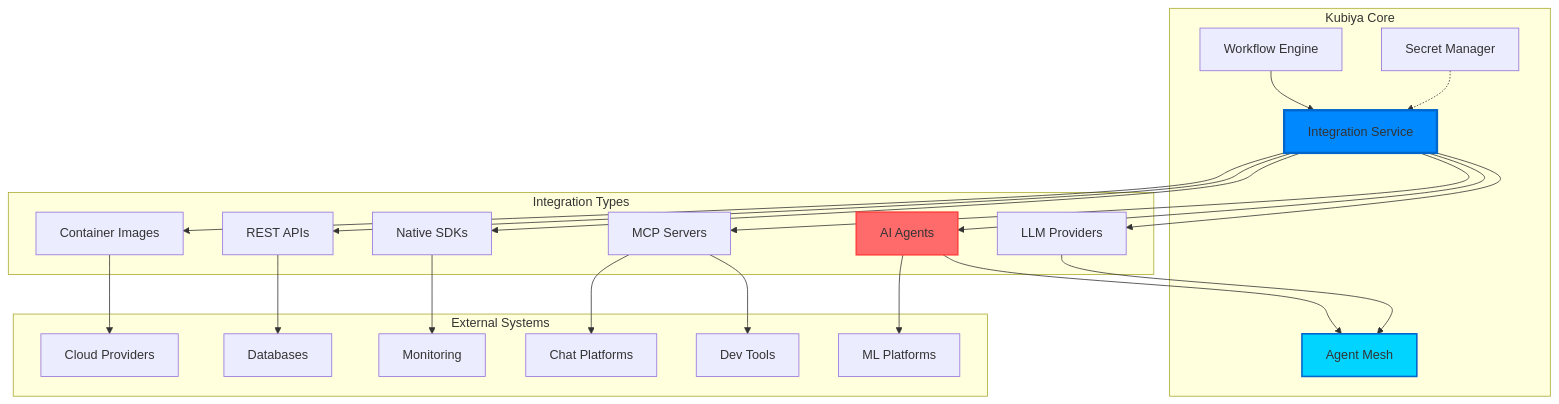
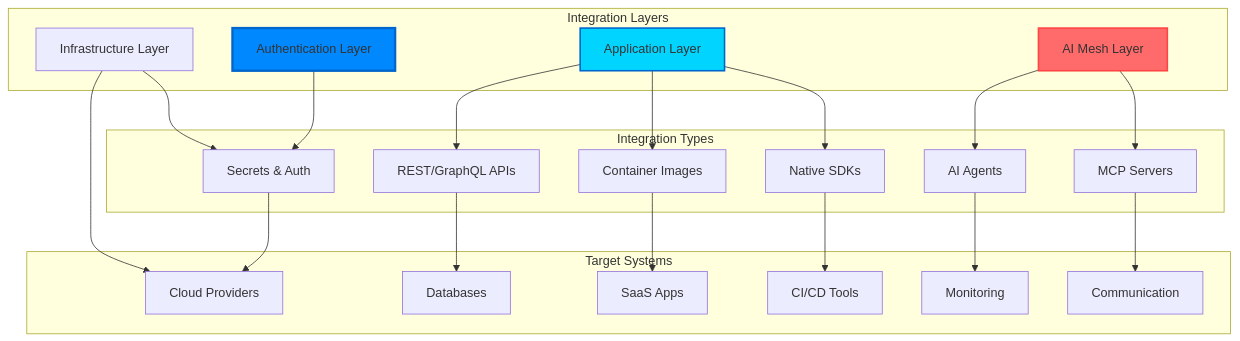
One commit to kubiyabot/workflow_sdk changed the diagram in docs/kubiya/concepts/integrations.mdx. Above: the diagram before and after it, drawn with Mermaid. The commit also changed other lines of this file and 6 other files, not shown here.

````diff
--- a/docs/kubiya/concepts/integrations.mdx
+++ b/docs/kubiya/concepts/integrations.mdx
@@ -13,51 +13,50 @@
 ```mermaid
 graph TB
-    subgraph "Kubiya Core"
-        WE[Workflow Engine]
-        IS[Integration Service]
-        SM[Secret Manager]
-        AM[Agent Mesh]
+    subgraph "Integration Layers"
+        APP[Application Layer]
+        INFRA[Infrastructure Layer]
+        AUTH[Authentication Layer]
+        MESH[AI Mesh Layer]
     end
     
     subgraph "Integration Types"
         CI[Container Images]
+        API[REST/GraphQL APIs]
+        SDK[Native SDKs]
+        MCP[MCP Servers]
+        SEC[Secrets & Auth]
         AI[AI Agents]
-        LLM[LLM Providers]
-        API[REST APIs]
-        MCP[MCP Servers]
-        SDK[Native SDKs]
     end
     
-    subgraph "External Systems"
+    subgraph "Target Systems"
         CLOUD[Cloud Providers]
         DB[Databases]
+        SAAS[SaaS Apps]
+        CICD[CI/CD Tools]
         MON[Monitoring]
-        CHAT[Chat Platforms]
-        IDE[Dev Tools]
-        ML[ML Platforms]
+        COMM[Communication]
     end
     
-    WE --> IS
-    IS --> CI
-    IS --> AI
-    IS --> LLM
-    IS --> API
-    IS --> MCP
-    IS --> SDK
+    APP --> CI
+    APP --> API
+    APP --> SDK
     
-    AI --> AM
-    LLM --> AM
+    INFRA --> SEC
+    INFRA --> CLOUD
     
-    CI --> CLOUD
+    AUTH --> SEC
+    
+    MESH --> AI
+    MESH --> MCP
+    
+    CI --> SAAS
     API --> DB
-    SDK --> MON
-    MCP --> CHAT
-    MCP --> IDE
-    AI --> ML
+    SDK --> CICD
+    SEC --> CLOUD
+    AI --> MON
+    MCP --> COMM
     
-    SM -.-> IS
-    
-    style IS fill:#0088ff,stroke:#0066cc,stroke-width:3px
-    style AM fill:#00d4ff,stroke:#0066cc,stroke-width:2px
-    style AI fill:#ff6b6b,stroke:#ff4444,stroke-width:2px
+    style AUTH fill:#0088ff,stroke:#0066cc,stroke-width:3px
+    style MESH fill:#ff6b6b,stroke:#ff4444,stroke-width:2px
+    style APP fill:#00d4ff,stroke:#0066cc,stroke-width:2px
 ```
````
